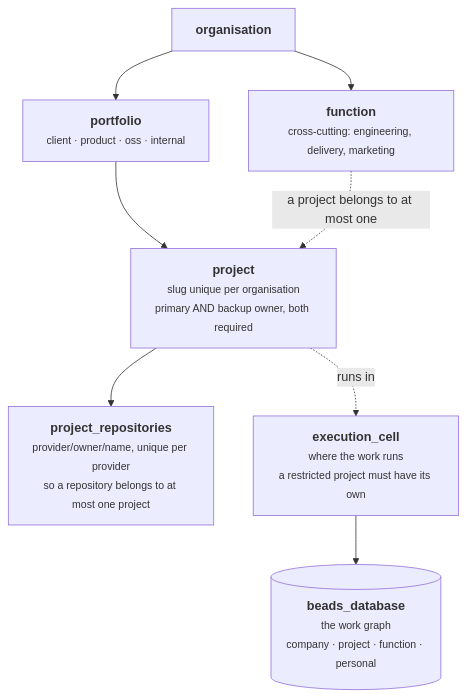
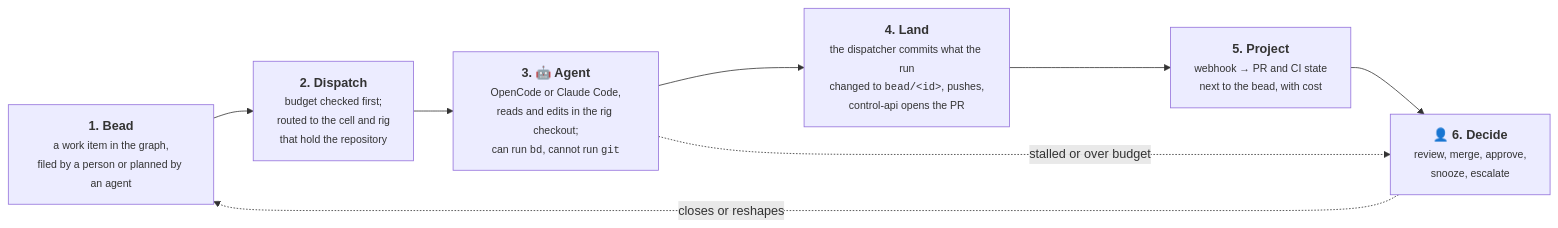
The first of 2 diagrams in README.md (datopian/openbases), drawn with Mermaid before and after one commit. The commit also changed other lines of this file, not shown here.

First line of the commit message:
README: OpenBases, with the outdated and unverifiable parts fixed (#242)

````diff
--- a/README.md
+++ b/README.md
@@ -102,18 +42,13 @@
 ```mermaid
-flowchart TD
-    org["<b>organisation</b>"]
-    pf["<b>portfolio</b><br/><small>client · product · oss · internal</small>"]
-    proj["<b>project</b><br/><small>slug unique per organisation<br/>primary AND backup owner, both required</small>"]
-    repo["<b>project_repositories</b><br/><small>provider/owner/name, unique per provider<br/>so a repository belongs to at most one project</small>"]
-    fn["<b>function</b><br/><small>cross-cutting: engineering, delivery, marketing</small>"]
-    cell["<b>execution_cell</b><br/><small>where the work runs<br/>a restricted project must have its own</small>"]
-    gdb[("<b>beads_database</b><br/><small>the work graph<br/>company · project · function · personal</small>")]
+flowchart LR
+    bead["<b>1. Bead</b><br/><small>a work item in the graph,<br/>filed by a person or planned by an agent</small>"]
+    dispatch["<b>2. Dispatch</b><br/><small>budget checked first;<br/>routed to the cell and rig<br/>that hold the repository</small>"]
+    agent["<b>3. 🤖 Agent</b><br/><small>OpenCode or Claude Code,<br/>reads and edits in the rig checkout;<br/>can run <code>bd</code>, cannot run <code>git</code></small>"]
+    land["<b>4. Land</b><br/><small>the dispatcher commits what the run<br/>changed to <code>bead/&lt;id&gt;</code>, pushes,<br/>control-api opens the PR</small>"]
+    proj["<b>5. Project</b><br/><small>webhook → PR and CI state<br/>next to the bead, with cost</small>"]
+    human["👤 <b>6. Decide</b><br/><small>review, merge, approve,<br/>snooze, escalate</small>"]
 
-    org --> pf
-    pf --> proj
-    proj --> repo
-    org --> fn
-    fn -.->|"a project belongs to at most one"| proj
-    proj -.->|"runs in"| cell
-    cell --> gdb
+    bead --> dispatch --> agent --> land --> proj --> human
+    human -.->|"closes or reshapes"| bead
+    agent -.->|"stalled or over budget"| human
 ```
````
